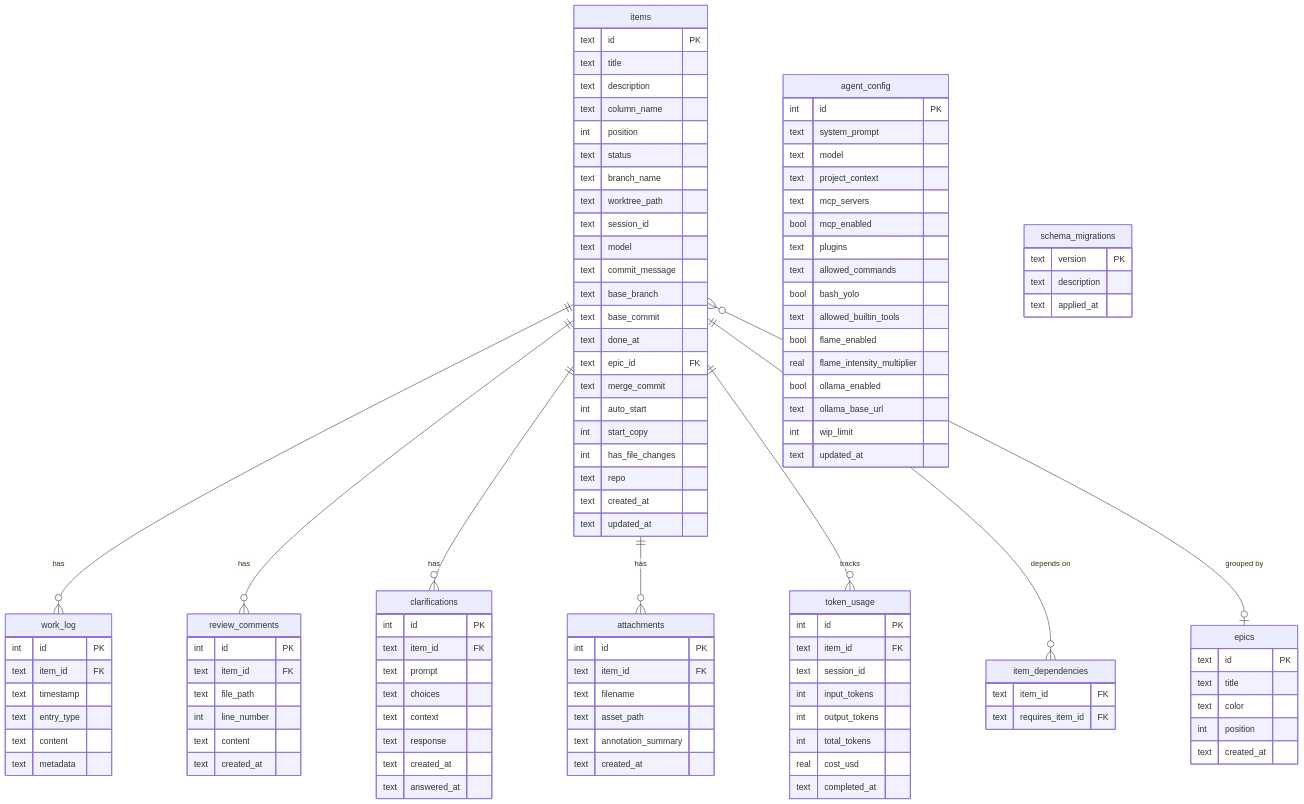
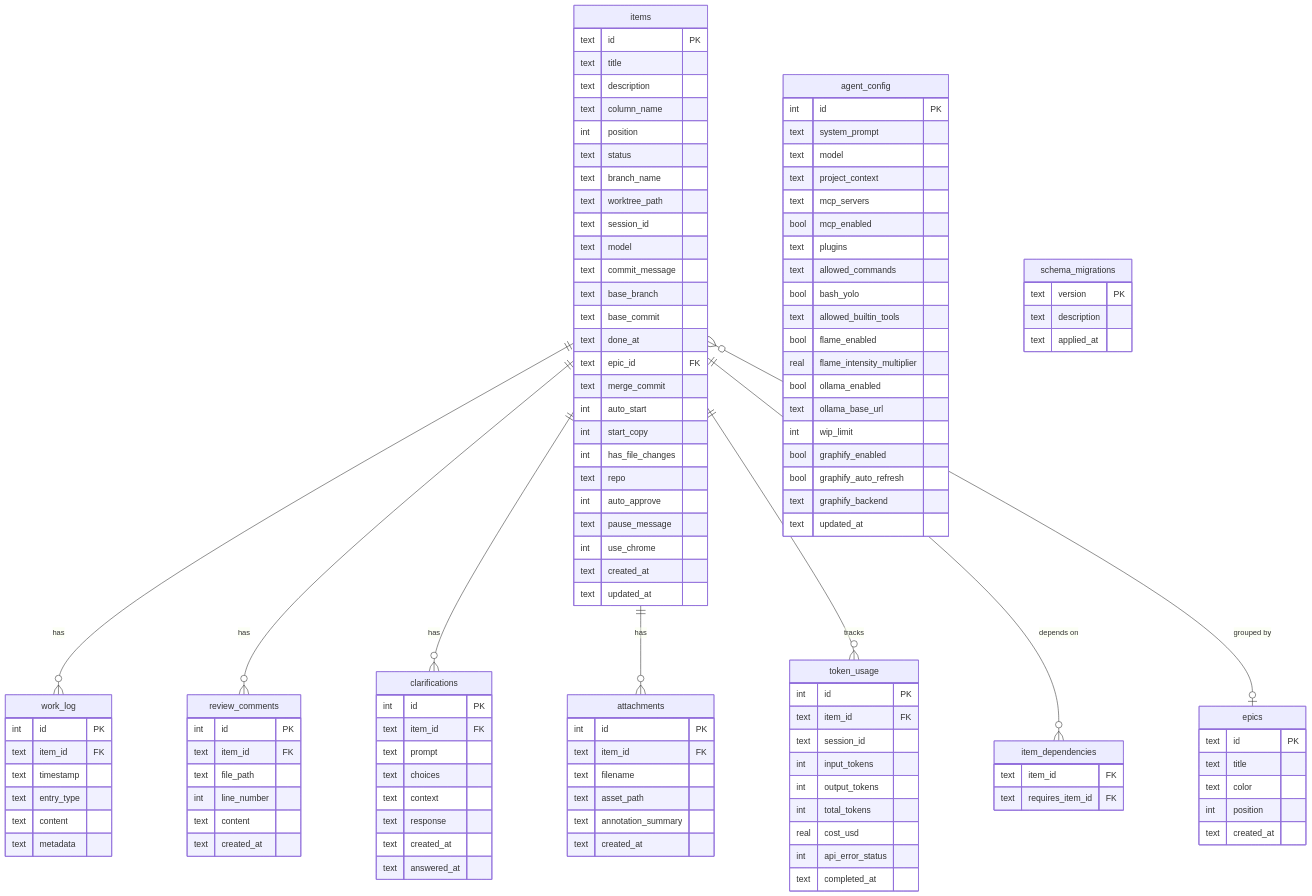
The fourth of 4 diagrams in README.md (epatel/claude-agents-dashboard), drawn with Mermaid before and after one commit. The commit also changed other lines of this file and 10 other files, not shown here.

Commit message:
Update docs for 28 migrations, 1115 tests, 6 services, 8 MCP tools, and graphify

```diff
--- a/README.md
+++ b/README.md
@@ -274,6 +282,9 @@
         int start_copy
         int has_file_changes
         text repo
+        int auto_approve
+        text pause_message
+        int use_chrome
         text created_at
         text updated_at
     }
@@ -308,6 +319,7 @@
         int output_tokens
         int total_tokens
         real cost_usd
+        int api_error_status
         text completed_at
     }
 
@@ -327,6 +339,9 @@
         bool ollama_enabled
         text ollama_base_url
         int wip_limit
+        bool graphify_enabled
+        bool graphify_auto_refresh
+        text graphify_backend
         text updated_at
     }
 
```
